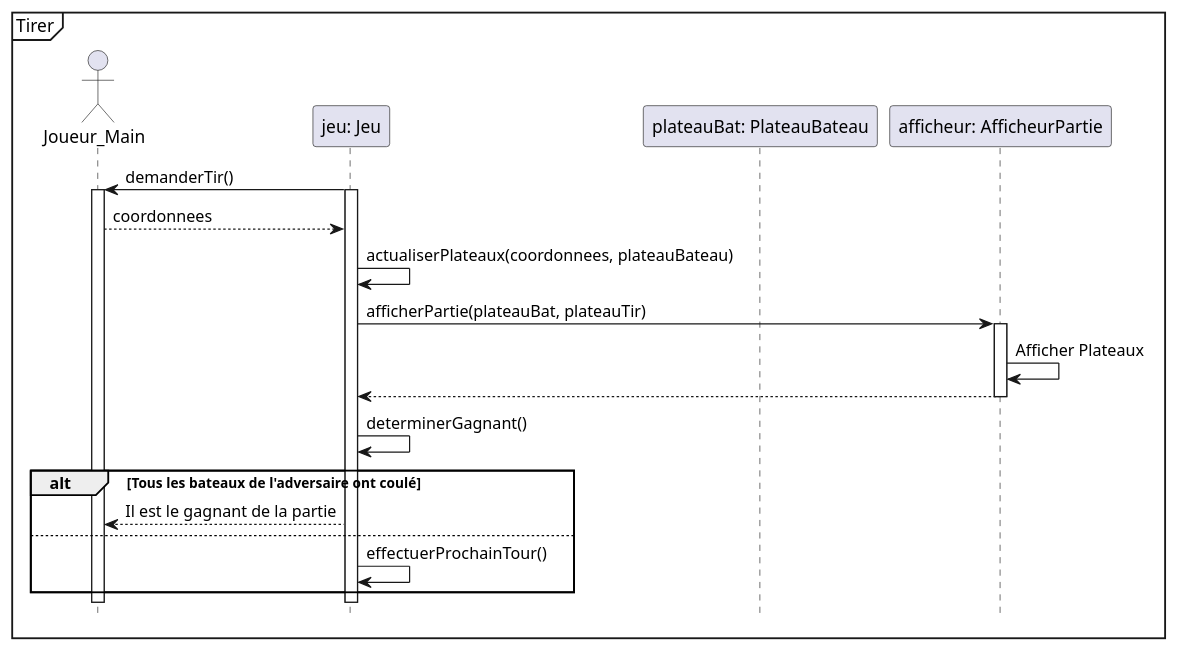
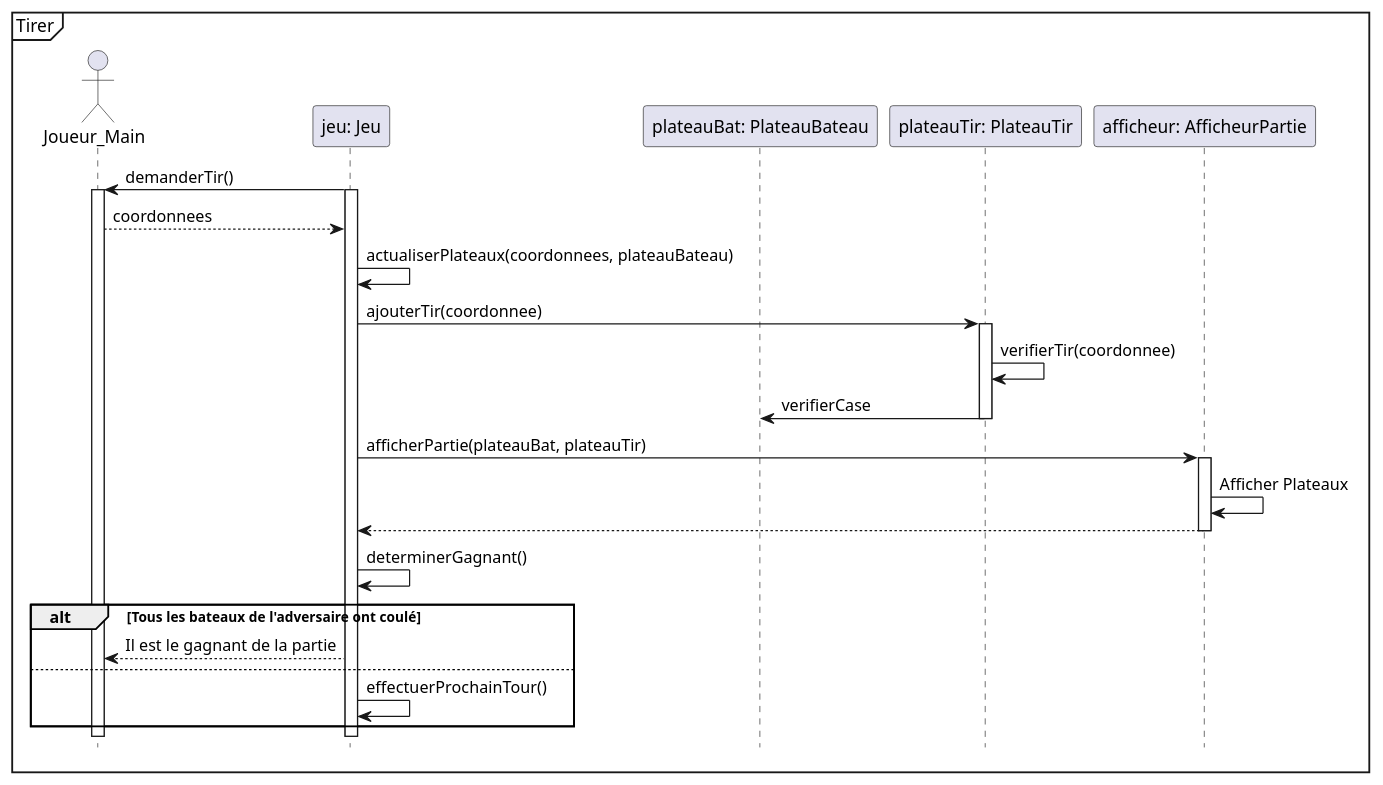
Before and after one commit to Patroklos99/5153_TP2-Battleship-AI-Pattern-Conception_Engineering2: the diagram in diagrammes_conception/diagrammes_sequence/tirer.puml, drawn with PlantUML. The commit also changed 1 other file, not shown here.

Commit message:
Modification du diagramme de sequence tirer

```diff
--- a/diagrammes_conception/diagrammes_sequence/tirer.puml
+++ b/diagrammes_conception/diagrammes_sequence/tirer.puml
@@ -1,30 +1,36 @@
 @startuml
 hide footbox
 mainframe Tirer
 
 actor Joueur_Main as joueur
 participant "jeu: Jeu" as Jeu
 participant "plateauBat: PlateauBateau" as platBat
+participant "plateauTir: PlateauTir" as platTir
 participant "afficheur: AfficheurPartie" as AfficheurPartie
 
 
 
 Jeu -> joueur : demanderTir()
 activate joueur
 activate Jeu
 joueur --> Jeu : coordonnees
 Jeu -> Jeu : actualiserPlateaux(coordonnees, plateauBateau)
+Jeu -> platTir : ajouterTir(coordonnee)
+activate platTir
+platTir -> platTir : verifierTir(coordonnee)
+platTir -> platBat : verifierCase
+deactivate platTir
 Jeu -> AfficheurPartie: afficherPartie(plateauBat, plateauTir)
 activate AfficheurPartie
 AfficheurPartie -> AfficheurPartie: Afficher Plateaux
 AfficheurPartie --> Jeu
 deactivate AfficheurPartie
 Jeu -> Jeu: determinerGagnant()
 alt Tous les bateaux de l'adversaire ont coulé
 Jeu --> joueur: Il est le gagnant de la partie
 else
 Jeu -> Jeu: effectuerProchainTour()
 
 end
 
 @enduml
```
